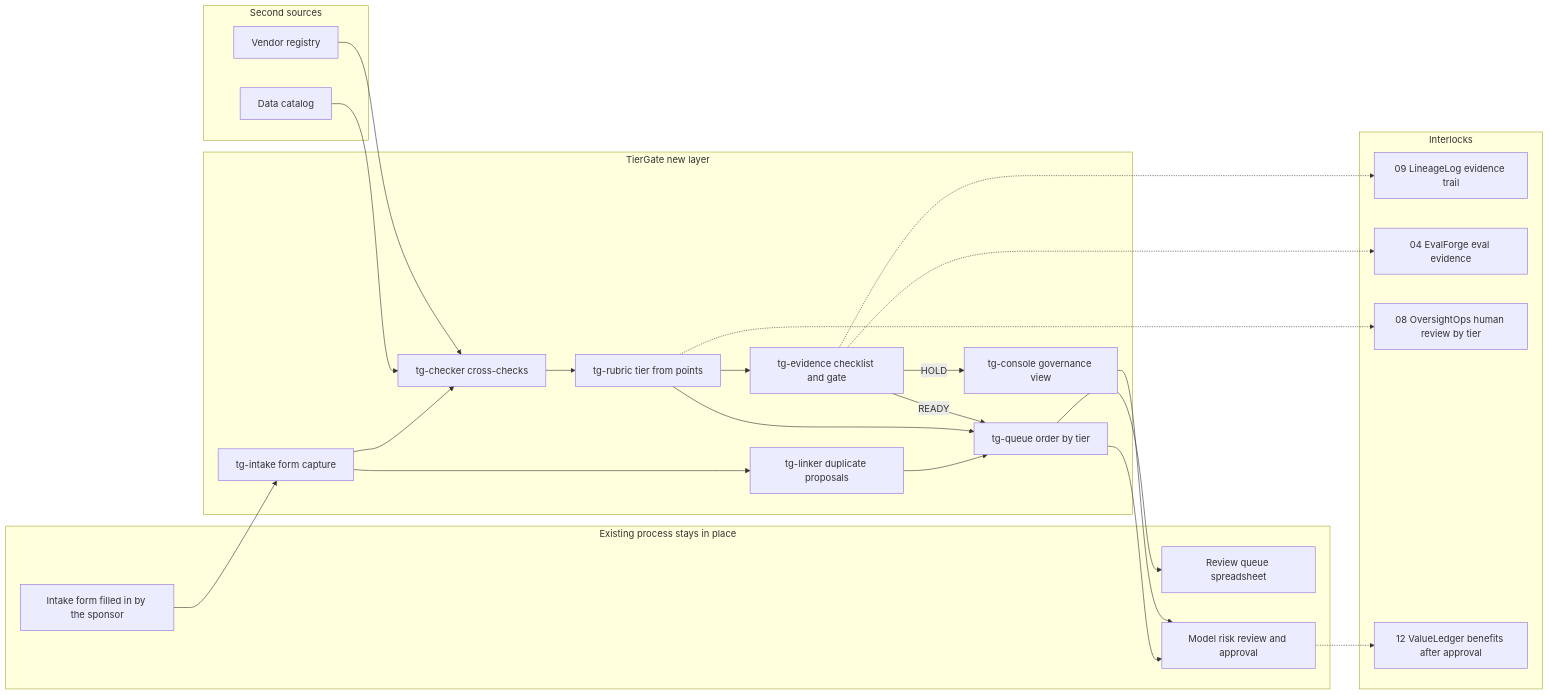
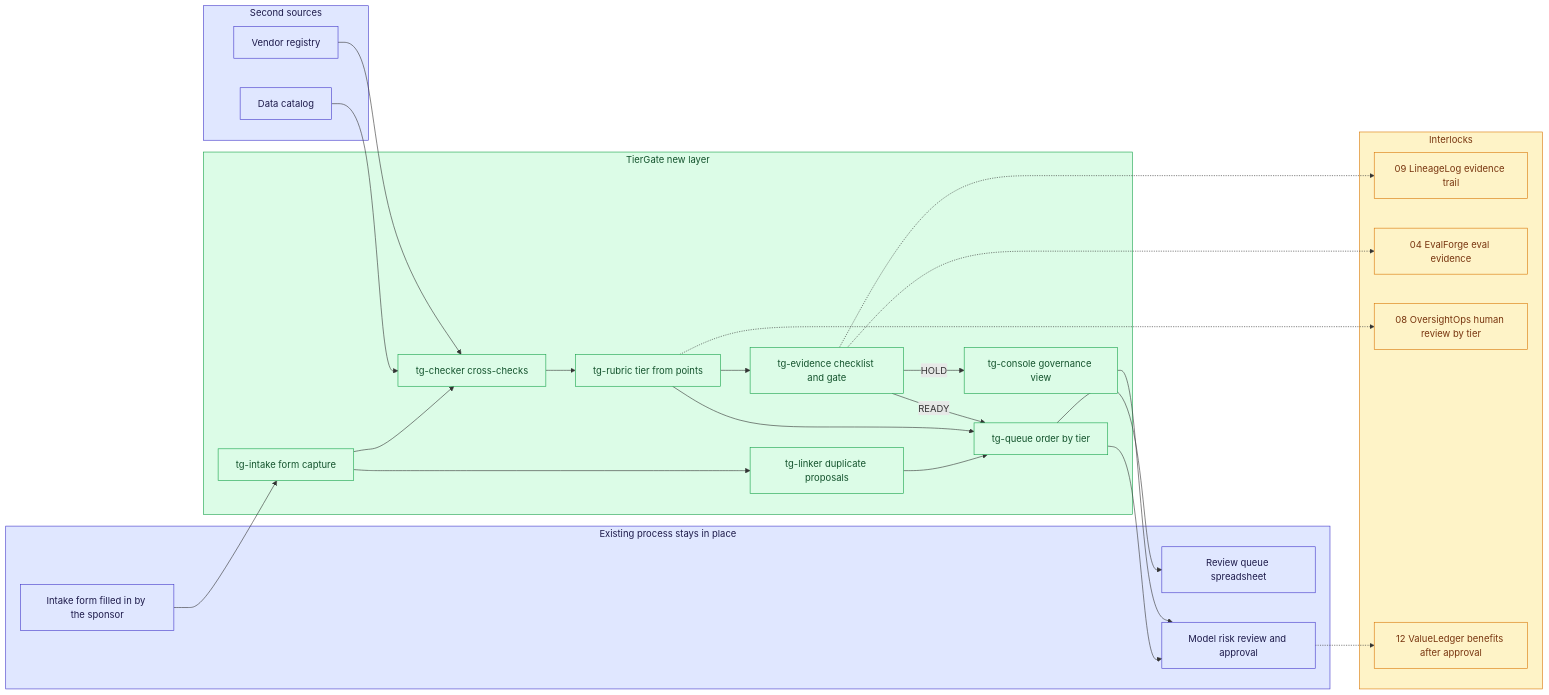
The first of 2 diagrams in 11-tiergate-ai-usecase-intake/README.md (Vj-shipped-anyway/ai-pm-portfolio), drawn with Mermaid before and after one commit. The commit also changed 3 other files, not shown here.

First line of the commit message:
TierGate (AI use-case intake and risk tiering): restyle the app and demo to match HalluGuard, color the system diagram

````diff
--- a/11-tiergate-ai-usecase-intake/README.md
+++ b/11-tiergate-ai-usecase-intake/README.md
@@ -434,49 +434,56 @@
 ```mermaid
 flowchart LR
     subgraph EXISTING["Existing process stays in place"]
         FORM["Intake form filled in by the sponsor"]
         SHEET["Review queue spreadsheet"]
         MRM["Model risk review and approval"]
     end
 
     subgraph SOURCES["Second sources"]
         CATALOG["Data catalog"]
         REGISTRY["Vendor registry"]
     end
 
     subgraph TIERGATE["TierGate new layer"]
         INTAKE["tg-intake form capture"]
         CHECKER["tg-checker cross-checks"]
         RUBRIC["tg-rubric tier from points"]
         EVIDENCE["tg-evidence checklist and gate"]
         LINKER["tg-linker duplicate proposals"]
         QUEUE["tg-queue order by tier"]
         CONSOLE["tg-console governance view"]
     end
 
     subgraph INTERLOCKS["Interlocks"]
         LINEAGE["09 LineageLog evidence trail"]
         EVALFORGE["04 EvalForge eval evidence"]
         OVERSIGHT["08 OversightOps human review by tier"]
         LEDGER["12 ValueLedger benefits after approval"]
     end
 
     FORM --> INTAKE
     INTAKE --> CHECKER
     CATALOG --> CHECKER
     REGISTRY --> CHECKER
     CHECKER --> RUBRIC
     RUBRIC --> EVIDENCE
     INTAKE --> LINKER
     LINKER --> QUEUE
     RUBRIC --> QUEUE
     EVIDENCE -->|READY| QUEUE
     EVIDENCE -->|HOLD| CONSOLE
     QUEUE --> SHEET
     QUEUE --> MRM
     CONSOLE --> MRM
     EVIDENCE -.-> LINEAGE
     EVIDENCE -.-> EVALFORGE
     RUBRIC -.-> OVERSIGHT
     MRM -.-> LEDGER
+
+    classDef existing fill:#e0e7ff,stroke:#4338ca,color:#1e1b4b
+    classDef new fill:#dcfce7,stroke:#16a34a,color:#14532d
+    classDef nbr fill:#fef3c7,stroke:#d97706,color:#78350f
+    class EXISTING,FORM,SHEET,MRM,SOURCES,CATALOG,REGISTRY existing
+    class TIERGATE,INTAKE,CHECKER,RUBRIC,EVIDENCE,LINKER,QUEUE,CONSOLE new
+    class INTERLOCKS,LINEAGE,EVALFORGE,OVERSIGHT,LEDGER nbr
 ```
````
